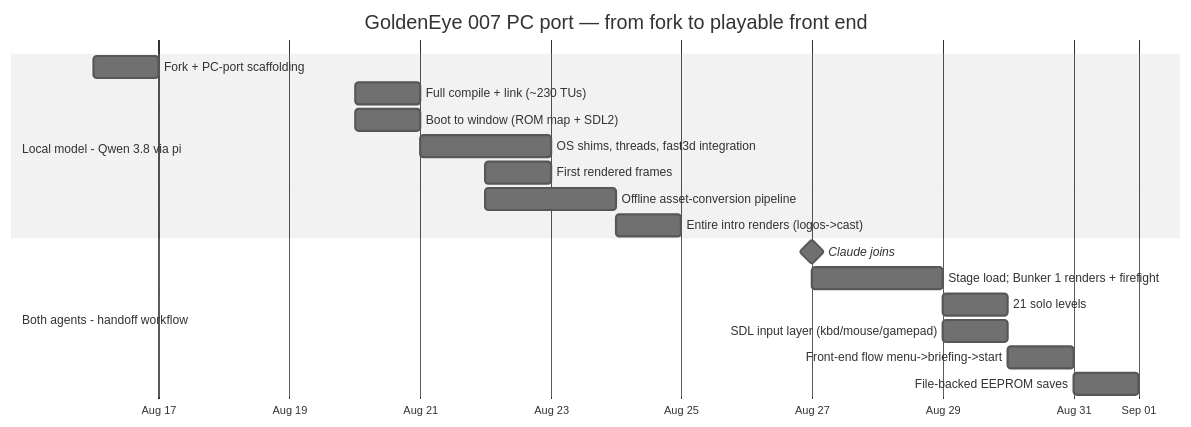
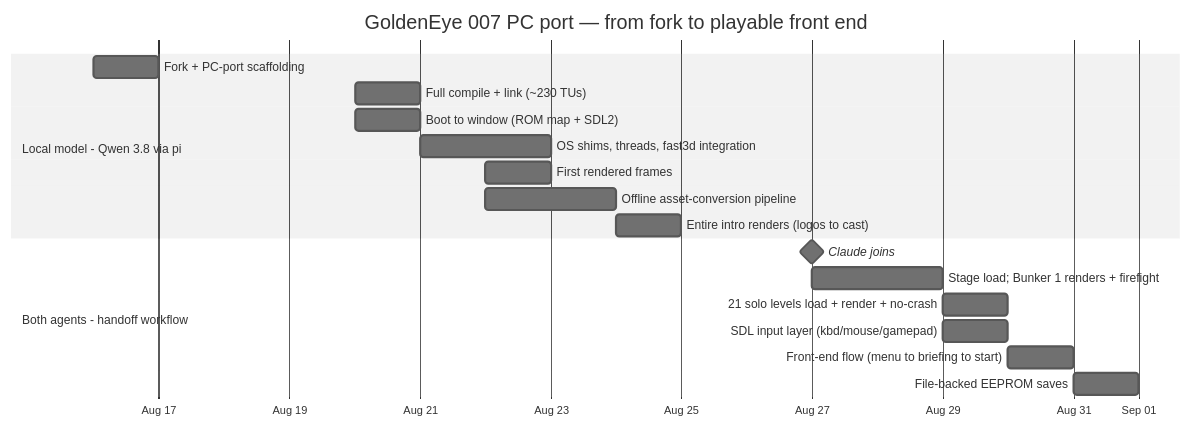
The first of 5 diagrams in docs/dev/agentic-development.md (jkdansereau/goldeneye-pc-port), drawn with Mermaid (neutral theme) before and after one commit. The commit also changed other lines of this file and 31 other files, not shown here.

````diff
--- a/docs/dev/agentic-development.md
+++ b/docs/dev/agentic-development.md
@@ -47,21 +62,21 @@
 ```mermaid
 gantt
     dateFormat YYYY-MM-DD
     axisFormat %b %d
     title GoldenEye 007 PC port — from fork to playable front end
     section Local model - Qwen 3.8 via pi
     Fork + PC-port scaffolding            :m1, 2026-08-16, 1d
     Full compile + link (~230 TUs)        :m2, 2026-08-20, 1d
     Boot to window (ROM map + SDL2)       :m3, 2026-08-20, 1d
     OS shims, threads, fast3d integration :2026-08-21, 2d
     First rendered frames                 :m4, 2026-08-22, 1d
     Offline asset-conversion pipeline     :2026-08-22, 2d
-    Entire intro renders (logos->cast)    :m5, 2026-08-24, 1d
+    Entire intro renders (logos to cast)  :m5, 2026-08-24, 1d
     section Both agents - handoff workflow
     Claude joins                          :milestone, 2026-08-27, 0d
     Stage load; Bunker 1 renders + firefight :2026-08-27, 2d
-    21 solo levels: load + render + no-crash :m6, 2026-08-29, 1d
+    21 solo levels load + render + no-crash  :m6, 2026-08-29, 1d
     SDL input layer (kbd/mouse/gamepad)   :2026-08-29, 1d
-    Front-end flow menu->briefing->start  :m7, 2026-08-30, 1d
+    Front-end flow (menu to briefing to start) :m7, 2026-08-30, 1d
     File-backed EEPROM saves              :2026-08-31, 1d
 ```
````
